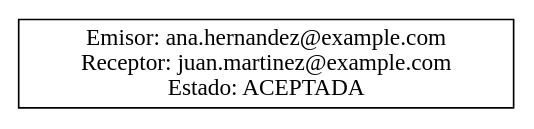
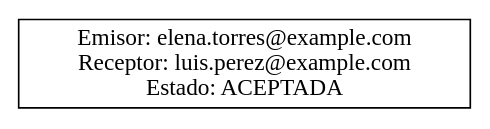
Before and after one commit to Kevin-alvarez1/PROYECTO_MULTIFASES_RED_SOCIAL: the diagram in Fase1/output/Enviadas_RELACIONES.dot, drawn with Graphviz. The commit also changed 15 other files, not shown here.

```diff
--- a/Fase1/output/Enviadas_RELACIONES.dot
+++ b/Fase1/output/Enviadas_RELACIONES.dot
@@ -1,5 +1,5 @@
 digraph G {
 node [shape=record];
 rankdir=LR;
-node0 [label="{Emisor: ana.hernandez@example.com\nReceptor: juan.martinez@example.com\nEstado: ACEPTADA}"];
+node0 [label="{Emisor: elena.torres@example.com\nReceptor: luis.perez@example.com\nEstado: ACEPTADA}"];
 }
```
